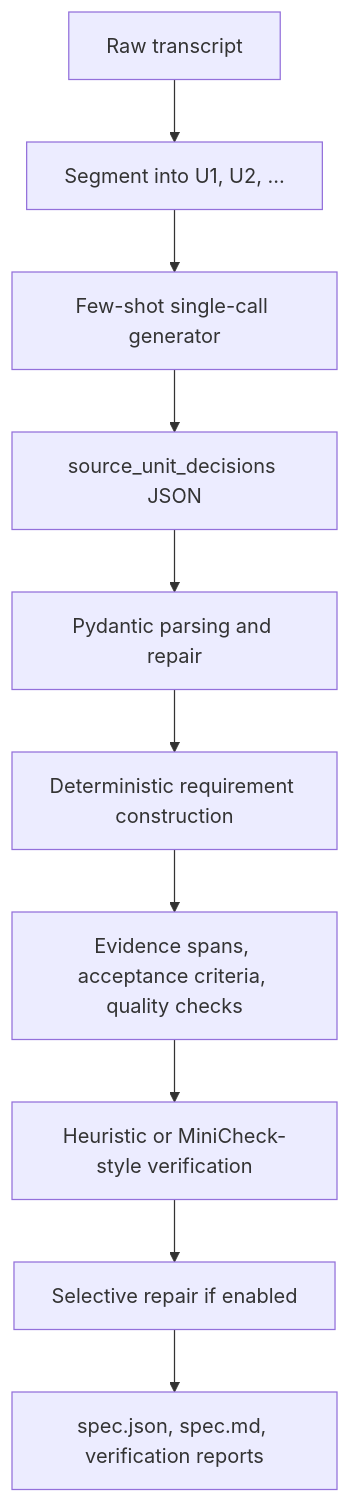
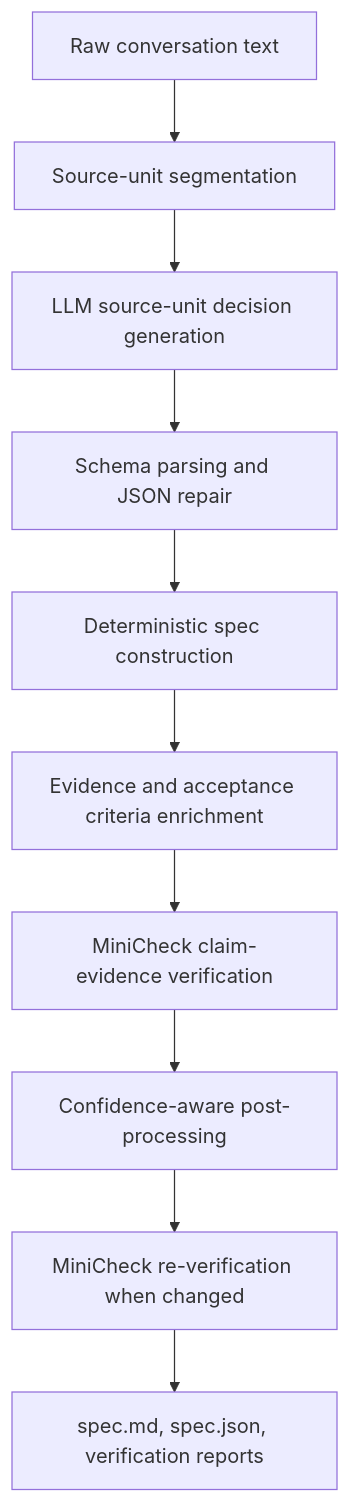
Before and after one commit to LeeMin-hyeong/conversation-to-spec: the diagram in README.md, drawn with Mermaid. The commit also changed other lines of this file and 17 other files, not shown here.

````diff
--- a/README.md
+++ b/README.md
@@ -25,12 +117,12 @@
 ```mermaid
 flowchart TD
-    A["Raw transcript"] --> B["Segment into U1, U2, ..."]
-    B --> C["Few-shot single-call generator"]
-    C --> D["source_unit_decisions JSON"]
-    D --> E["Pydantic parsing and repair"]
-    E --> F["Deterministic requirement construction"]
-    F --> G["Evidence spans, acceptance criteria, quality checks"]
-    G --> H["Heuristic or MiniCheck-style verification"]
-    H --> I["Selective repair if enabled"]
-    I --> J["spec.json, spec.md, verification reports"]
+    A["Raw conversation text"] --> B["Source-unit segmentation"]
+    B --> C["LLM source-unit decision generation"]
+    C --> D["Schema parsing and JSON repair"]
+    D --> E["Deterministic spec construction"]
+    E --> F["Evidence and acceptance criteria enrichment"]
+    F --> G["MiniCheck claim-evidence verification"]
+    G --> H["Confidence-aware post-processing"]
+    H --> I["MiniCheck re-verification when changed"]
+    I --> J["spec.md, spec.json, verification reports"]
 ```
````
